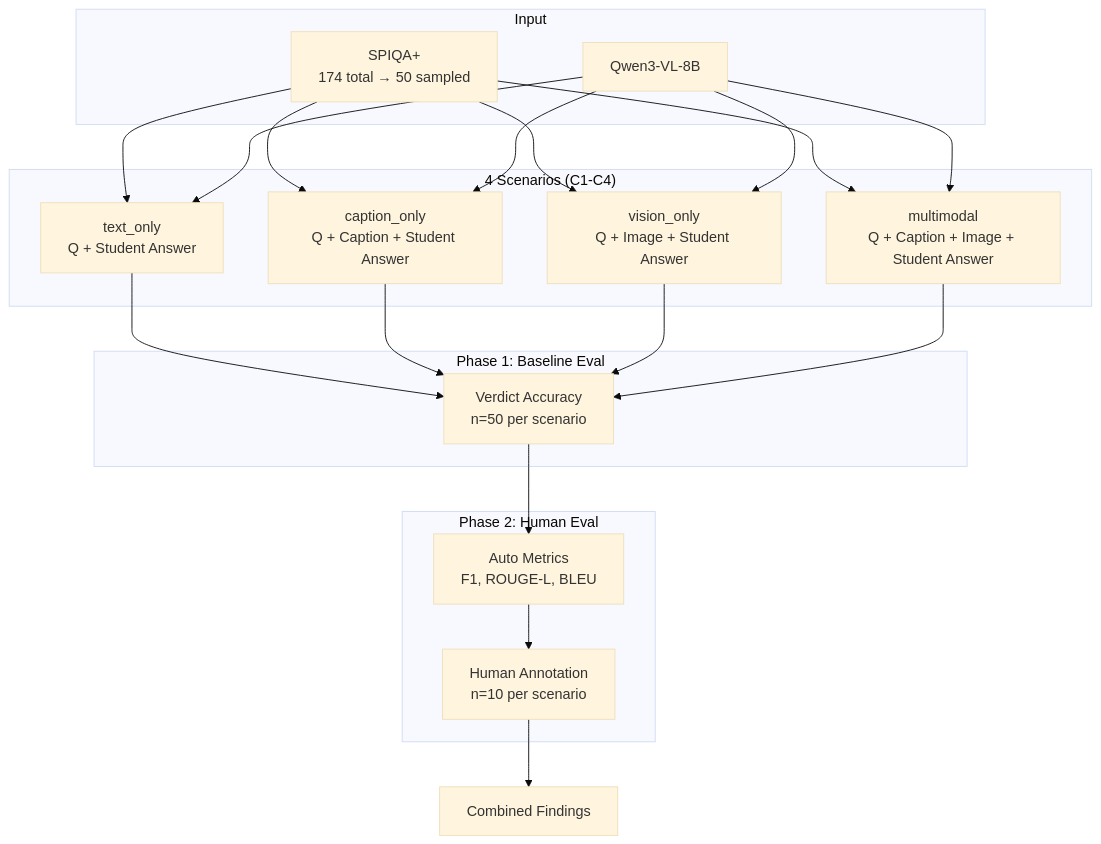
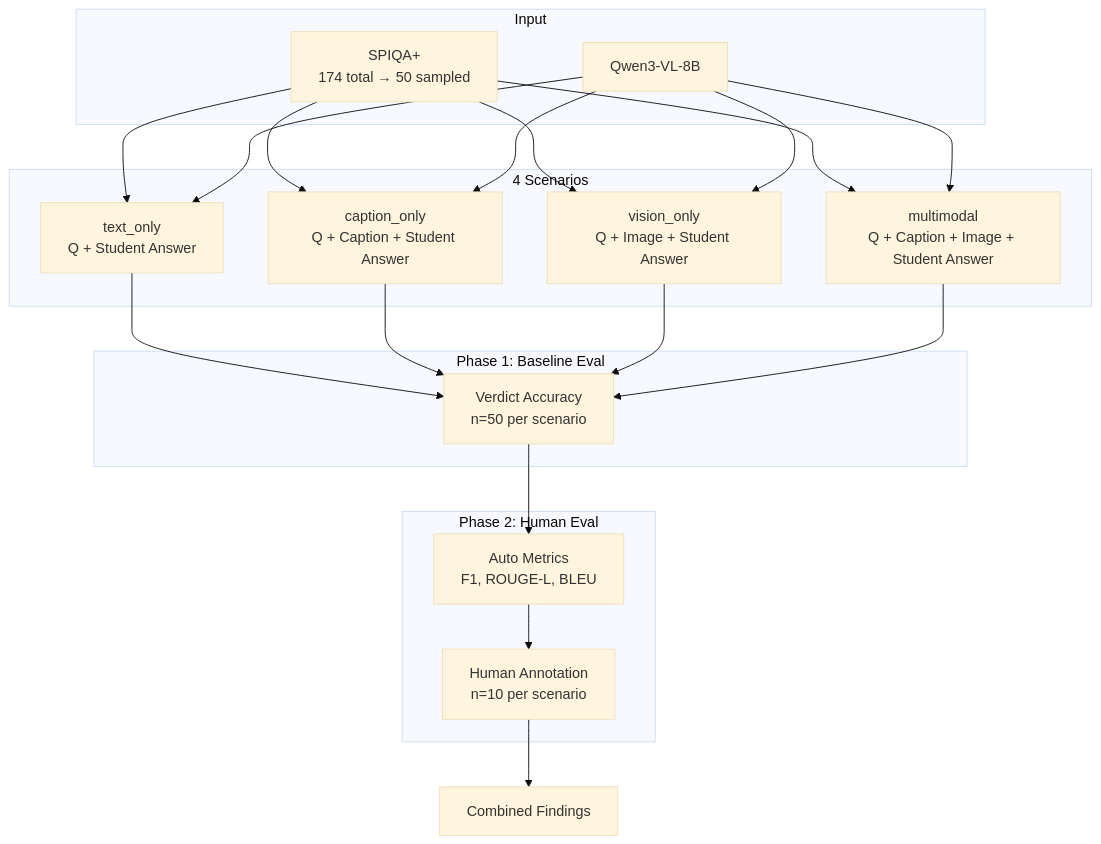
The second of 2 diagrams in results/presentation_outline.md (diptiaswath/studyCoach), drawn with Mermaid (base theme) before and after one commit. The commit also changed other lines of this file, not shown here.

Commit message:
Sync pipeline diagrams: add error distribution step, rename Phase 3

````diff
--- a/results/presentation_outline.md
+++ b/results/presentation_outline.md
@@ -87,31 +88,31 @@
 ```mermaid
 flowchart TB
     subgraph Input
         A[SPIQA+<br/>174 total → 50 sampled]
         B[Qwen3-VL-8B]
     end
 
-    subgraph Scenarios["4 Scenarios (C1-C4)"]
+    subgraph Scenarios["4 Scenarios"]
         C1[text_only<br/>Q + Student Answer]
         C2[caption_only<br/>Q + Caption + Student Answer]
         C3[vision_only<br/>Q + Image + Student Answer]
         C4[multimodal<br/>Q + Caption + Image + Student Answer]
     end
 
     A --> C1 & C2 & C3 & C4
     B --> C1 & C2 & C3 & C4
 
     subgraph Phase1["Phase 1: Baseline Eval"]
         D[Verdict Accuracy<br/>n=50 per scenario]
     end
 
     subgraph Phase2["Phase 2: Human Eval"]
         E[Auto Metrics<br/>F1, ROUGE-L, BLEU]
         F[Human Annotation<br/>n=10 per scenario]
     end
 
     C1 & C2 & C3 & C4 --> D
     D --> E --> F
 
     F --> G[Combined Findings]
 ```
````
